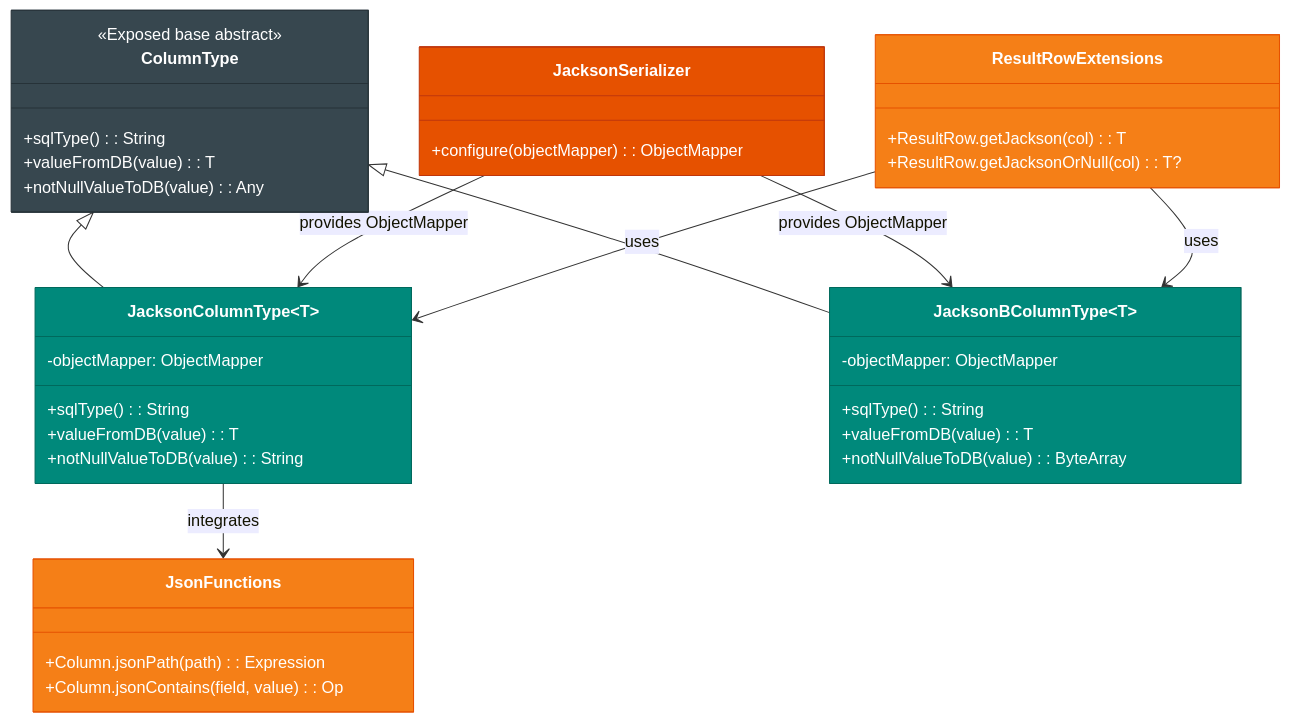
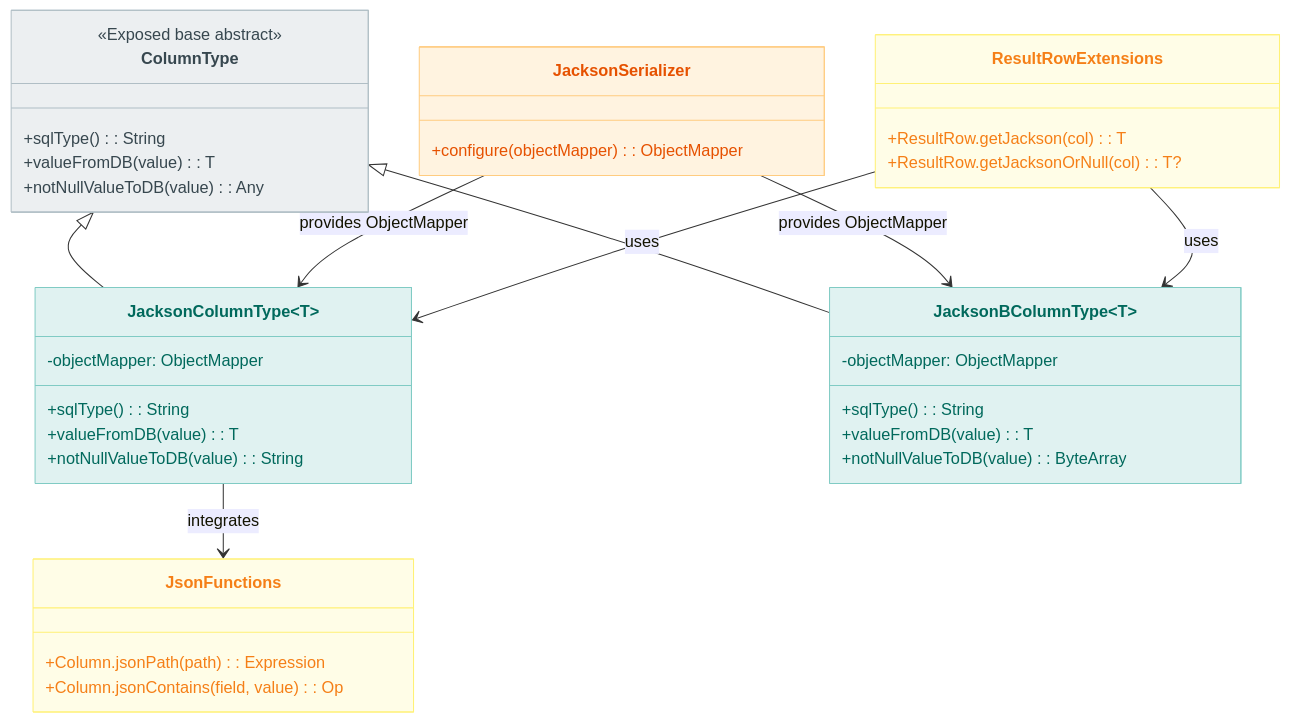
One commit to bluetape4k/bluetape4k-projects changed the second of 3 diagrams in data/exposed-jackson3/README.md. Above: the diagram before and after it, drawn with Mermaid. The commit also changed other lines of this file and 219 other files, not shown here.

First line of the commit message:
docs: 전체 README Mermaid 다이어그램 가이드 적용

````diff
--- a/data/exposed-jackson3/README.md
+++ b/data/exposed-jackson3/README.md
@@ -148,47 +148,47 @@
 ```mermaid
 classDiagram
     class ColumnType {
         <<Exposed base abstract>>
         +sqlType(): String
         +valueFromDB(value): T
         +notNullValueToDB(value): Any
     }
     class JacksonColumnType~T~ {
         -objectMapper: ObjectMapper
         +sqlType(): String
         +valueFromDB(value): T
         +notNullValueToDB(value): String
     }
     class JacksonBColumnType~T~ {
         -objectMapper: ObjectMapper
         +sqlType(): String
         +valueFromDB(value): T
         +notNullValueToDB(value): ByteArray
     }
     class JacksonSerializer {
         +configure(objectMapper): ObjectMapper
     }
     class JsonFunctions {
         +Column.jsonPath(path): Expression
         +Column.jsonContains(field, value): Op
     }
     class ResultRowExtensions {
         +ResultRow.getJackson(col): T
         +ResultRow.getJacksonOrNull(col): T?
     }
 
     ColumnType <|-- JacksonColumnType
     ColumnType <|-- JacksonBColumnType
     JacksonSerializer --> JacksonColumnType : provides ObjectMapper
     JacksonSerializer --> JacksonBColumnType : provides ObjectMapper
     JacksonColumnType --> JsonFunctions : integrates
     ResultRowExtensions --> JacksonColumnType : uses
     ResultRowExtensions --> JacksonBColumnType : uses
 
-    style ColumnType fill:#37474F,stroke:#263238,color:#FFFFFF
-    style JacksonColumnType fill:#00897B,stroke:#00695C,color:#FFFFFF
-    style JacksonBColumnType fill:#00897B,stroke:#00695C,color:#FFFFFF
-    style JacksonSerializer fill:#E65100,stroke:#BF360C,color:#FFFFFF
-    style JsonFunctions fill:#F57F17,stroke:#E65100,color:#FFFFFF
-    style ResultRowExtensions fill:#F57F17,stroke:#E65100,color:#FFFFFF
+    style ColumnType fill:#ECEFF1,stroke:#B0BEC5,color:#37474F
+    style JacksonColumnType fill:#E0F2F1,stroke:#80CBC4,color:#00695C
+    style JacksonBColumnType fill:#E0F2F1,stroke:#80CBC4,color:#00695C
+    style JacksonSerializer fill:#FFF3E0,stroke:#FFCC80,color:#E65100
+    style JsonFunctions fill:#FFFDE7,stroke:#FFF176,color:#F57F17
+    style ResultRowExtensions fill:#FFFDE7,stroke:#FFF176,color:#F57F17
 ```
````
